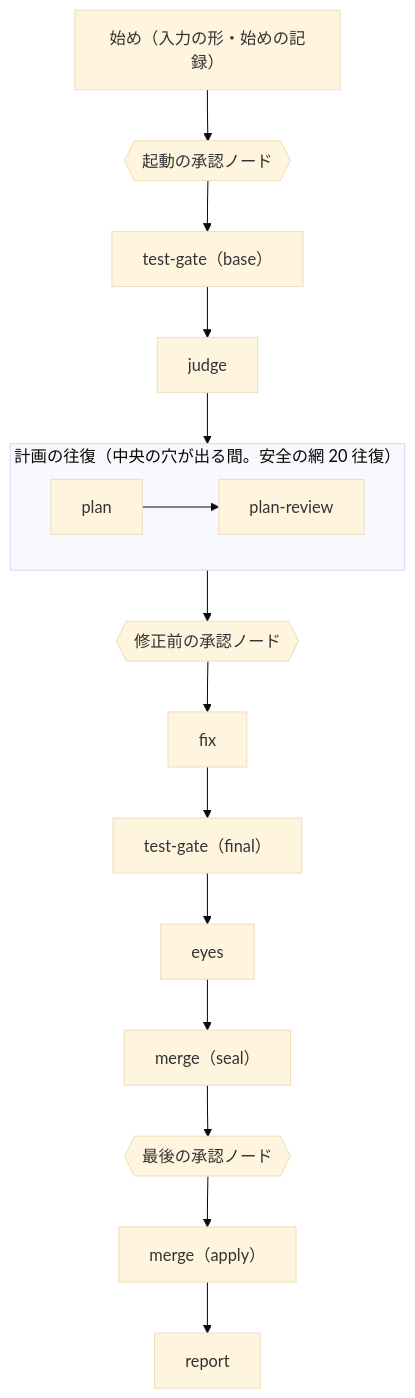
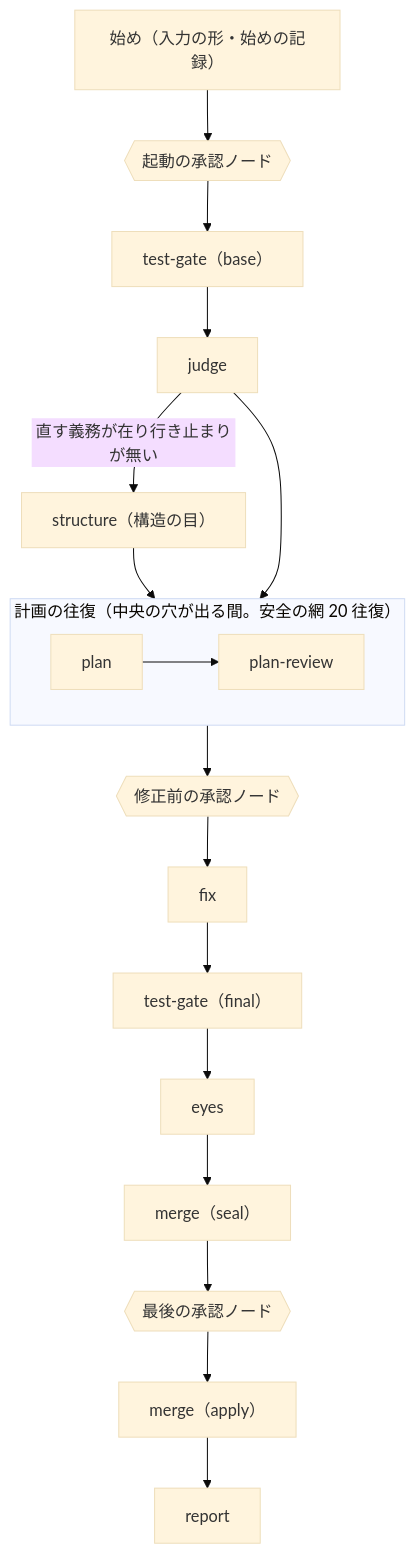
One commit to raiki61/works-factory changed the second of 2 diagrams in docs/design.md. Above: the diagram before and after it, drawn with Mermaid (base theme). The commit also changed other lines of this file and 123 other files, not shown here.

First line of the commit message:
構造の目を計画から分け、judge の後に 1 回だけ走るサブグラフ structure にする (#560) (#750)

````diff
--- a/docs/design.md
+++ b/docs/design.md
@@ -97,18 +97,20 @@
 ```mermaid
 flowchart TB
   start["始め（入力の形・始めの記録）"] --> g1{{"起動の承認ノード"}}
   g1 --> tb["test-gate（base）"]
   tb --> judge
+  judge -->|"直す義務が在り行き止まりが無い"| structure["structure（構造の目）"]
+  structure --> loopP
   judge --> loopP
   subgraph loopP["計画の往復（中央の穴が出る間。安全の網 20 往復）"]
     plan --> pr["plan-review"]
   end
   loopP --> g2{{"修正前の承認ノード"}}
   g2 --> fix
   fix --> tf["test-gate（final）"]
   tf --> eyes
   eyes --> ms["merge（seal）"]
   ms --> g3{{"最後の承認ノード"}}
   g3 --> ma["merge（apply）"]
   ma --> report
 ```
````
